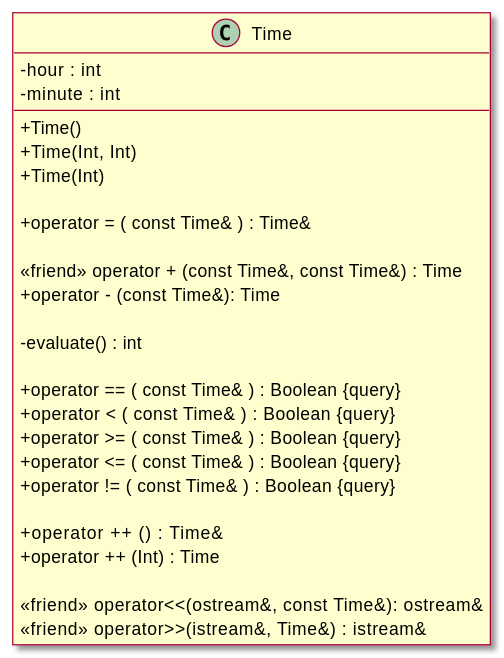
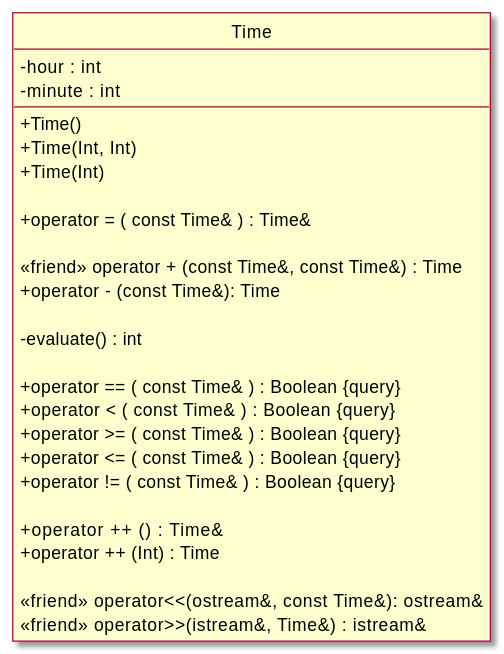
The diagram in content/docs/cours/03_Surcharge_des_operateurs.md (HE-Arc/1242.2-Langage_CPP), drawn with PlantUML before and after one commit.

Commit message:
DONE Minor modifications

```diff
--- a/content/docs/cours/03_Surcharge_des_operateurs.md
+++ b/content/docs/cours/03_Surcharge_des_operateurs.md
@@ -736,35 +736,36 @@
 {{< plantuml id="chap3_exo1.1">}}
 @startuml
 skin rose
 skinparam classAttributeIconSize 0
+hide circle
 
 class Time {
     - hour : int
     - minute : int
 
 + Time()
 + Time(Int, Int)
 + Time(Int)
 
 + operator = ( const Time& ) : Time& 
 
 <<friend>> operator + (const Time&, const Time&) : Time
 + operator - (const Time&): Time
 
 - evaluate() : int
 
 + operator == ( const Time& ) : Boolean {query}
 + operator <  ( const Time& ) : Boolean {query}
 + operator >= ( const Time& ) : Boolean {query}
 + operator <= ( const Time& ) : Boolean {query}
 + operator != ( const Time& ) : Boolean {query}
 
 + operator ++ ()    : Time& 
 + operator ++ (Int) : Time 
 
 <<friend>> operator<<(ostream&,  const Time&): ostream& 
 <<friend>> operator>>(istream&,  Time&) : istream& 
 
 } 
 @enduml
 {{< /plantuml >}}
```
